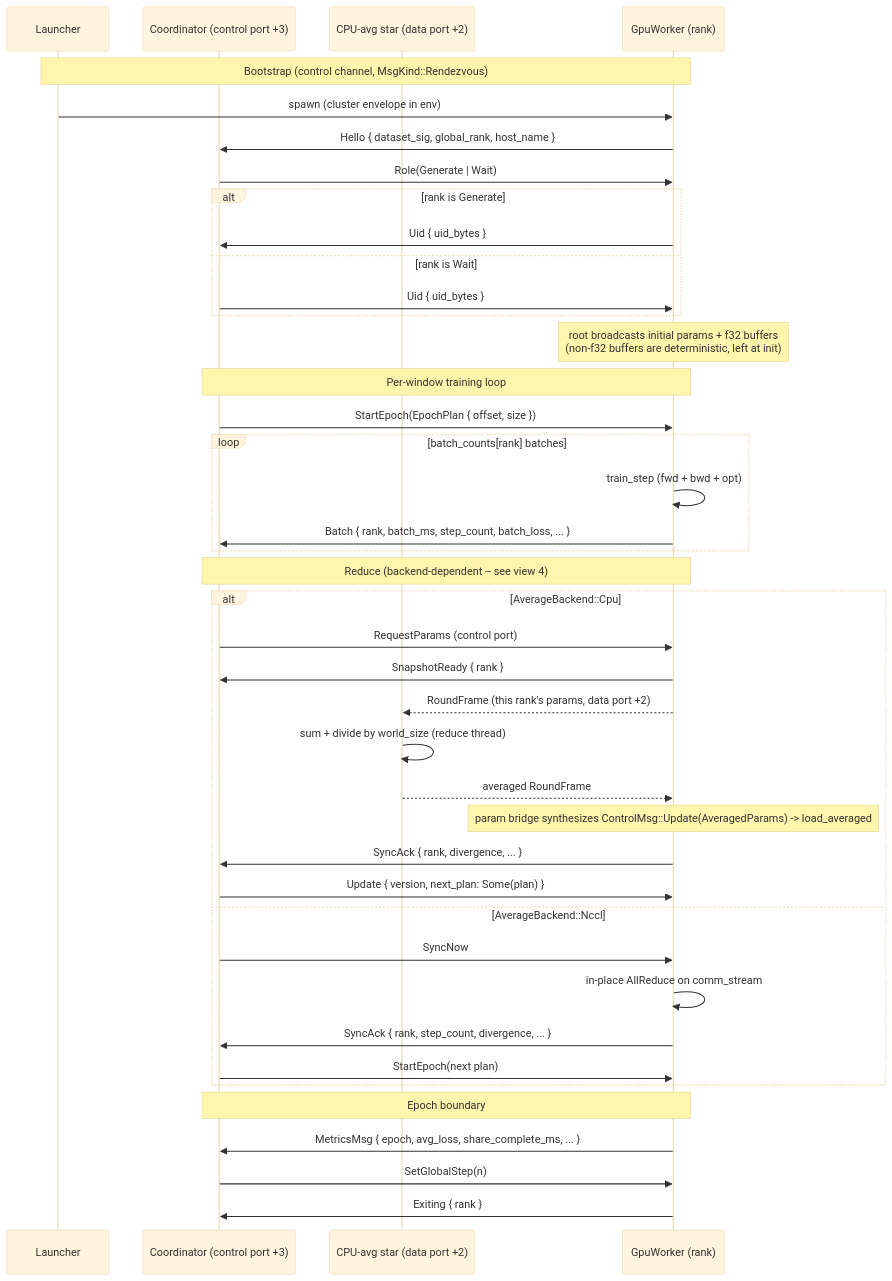
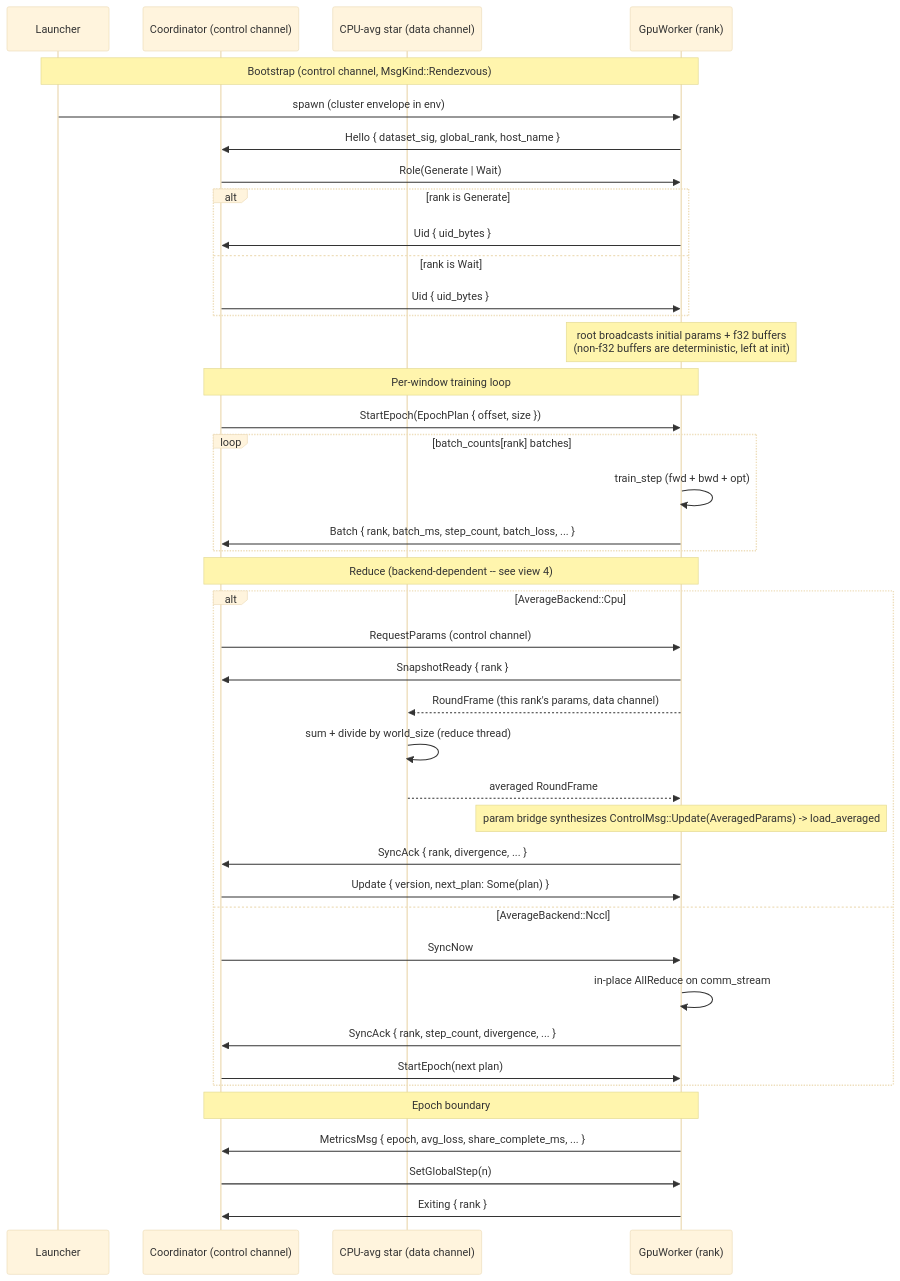
The second of 6 diagrams in docs/distributed/architecture.md (fab2s/floDl), drawn with Mermaid (base theme) before and after one commit. The commit also changed other lines of this file and 18 other files, not shown here.

Commit message:
distributed: single-port mux — every controller channel on one address

````diff
--- a/docs/distributed/architecture.md
+++ b/docs/distributed/architecture.md
@@ -109,47 +109,47 @@
 ```mermaid
 sequenceDiagram
     participant L as Launcher
-    participant C as Coordinator (control port +3)
-    participant D as CPU-avg star (data port +2)
+    participant C as Coordinator (control channel)
+    participant D as CPU-avg star (data channel)
     participant W as GpuWorker (rank)
 
     Note over L,W: Bootstrap (control channel, MsgKind::Rendezvous)
     L->>W: spawn (cluster envelope in env)
     W->>C: Hello { dataset_sig, global_rank, host_name }
     C->>W: Role(Generate | Wait)
     alt rank is Generate
         W->>C: Uid { uid_bytes }
     else rank is Wait
         C->>W: Uid { uid_bytes }
     end
     Note over W: root broadcasts initial params + f32 buffers<br/>(non-f32 buffers are deterministic, left at init)
 
     Note over C,W: Per-window training loop
     C->>W: StartEpoch(EpochPlan { offset, size })
     loop batch_counts[rank] batches
         W->>W: train_step (fwd + bwd + opt)
         W->>C: Batch { rank, batch_ms, step_count, batch_loss, ... }
     end
 
     Note over C,W: Reduce (backend-dependent -- see view 4)
     alt AverageBackend::Cpu
-        C->>W: RequestParams (control port)
+        C->>W: RequestParams (control channel)
         W->>C: SnapshotReady { rank }
-        W-->>D: RoundFrame (this rank's params, data port +2)
+        W-->>D: RoundFrame (this rank's params, data channel)
         D->>D: sum + divide by world_size (reduce thread)
         D-->>W: averaged RoundFrame
         Note over W: param bridge synthesizes ControlMsg::Update(AveragedParams) -> load_averaged
         W->>C: SyncAck { rank, divergence, ... }
         C->>W: Update { version, next_plan: Some(plan) }
     else AverageBackend::Nccl
         C->>W: SyncNow
         W->>W: in-place AllReduce on comm_stream
         W->>C: SyncAck { rank, step_count, divergence, ... }
         C->>W: StartEpoch(next plan)
     end
 
     Note over C,W: Epoch boundary
     W->>C: MetricsMsg { epoch, avg_loss, share_complete_ms, ... }
     C->>W: SetGlobalStep(n)
     W->>C: Exiting { rank }
 ```
````
